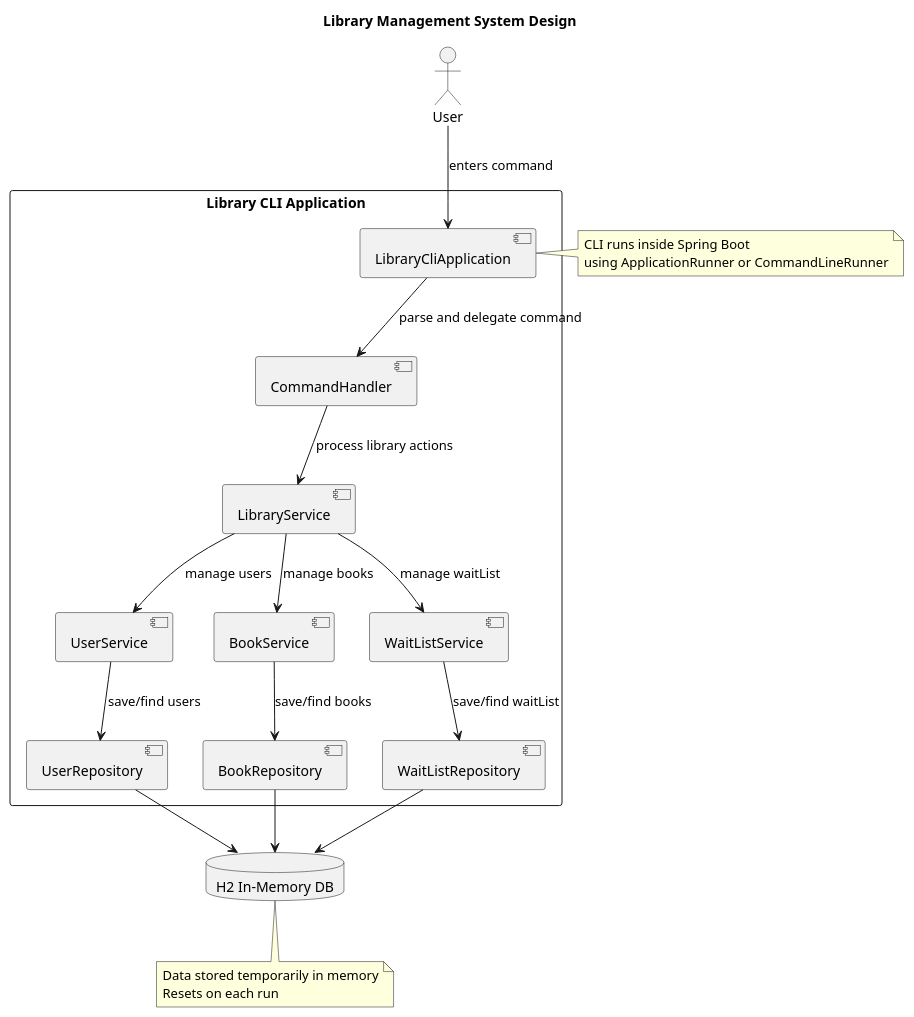
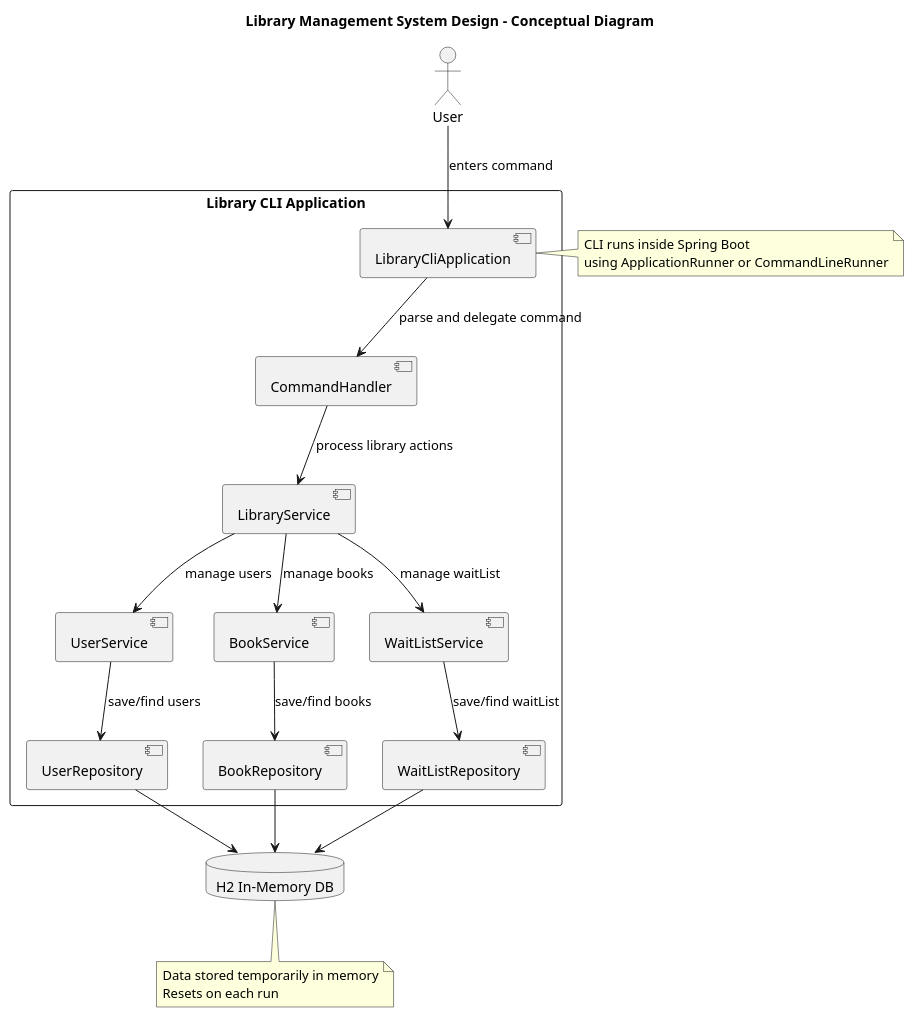
Before and after one commit to hafizferoz/libraryms: the diagram in src/main/docs/LMSSequence.puml, drawn with PlantUML. The commit also changed 1 other file, not shown here.

Commit message:
Sequence Design Diagrams updated

```diff
--- a/src/main/docs/LMSSequence.puml
+++ b/src/main/docs/LMSSequence.puml
@@ -1,42 +1,42 @@
 @startuml
-title Library Management System Design
+title Library Management System Design - Conceptual Diagram
 
 actor User as user
 
 rectangle "Library CLI Application" {
     component "LibraryCliApplication" as cli
     component "CommandHandler" as handler
     component "LibraryService" as service
     component "UserService" as userService
     component "BookService" as bookService
      component "WaitListService" as waitListService
     component "UserRepository" as userRepo
     component "BookRepository" as bookRepo
     component "WaitListRepository" as waitListRepo
 }
 
 database "H2 In-Memory DB" as h2
 
 user --> cli : enters command
 cli --> handler : parse and delegate command
 handler --> service : process library actions
 service --> userService : manage users
 service --> bookService : manage books
 service --> waitListService : manage waitList
 userService --> userRepo : save/find users
 bookService --> bookRepo : save/find books
 waitListService --> waitListRepo : save/find waitList
 userRepo --> h2
 bookRepo --> h2
 waitListRepo --> h2
 note right of cli
 CLI runs inside Spring Boot
 using ApplicationRunner or CommandLineRunner
 end note
 
 note bottom of h2
 Data stored temporarily in memory
 Resets on each run
 end note
 
 @enduml
```
